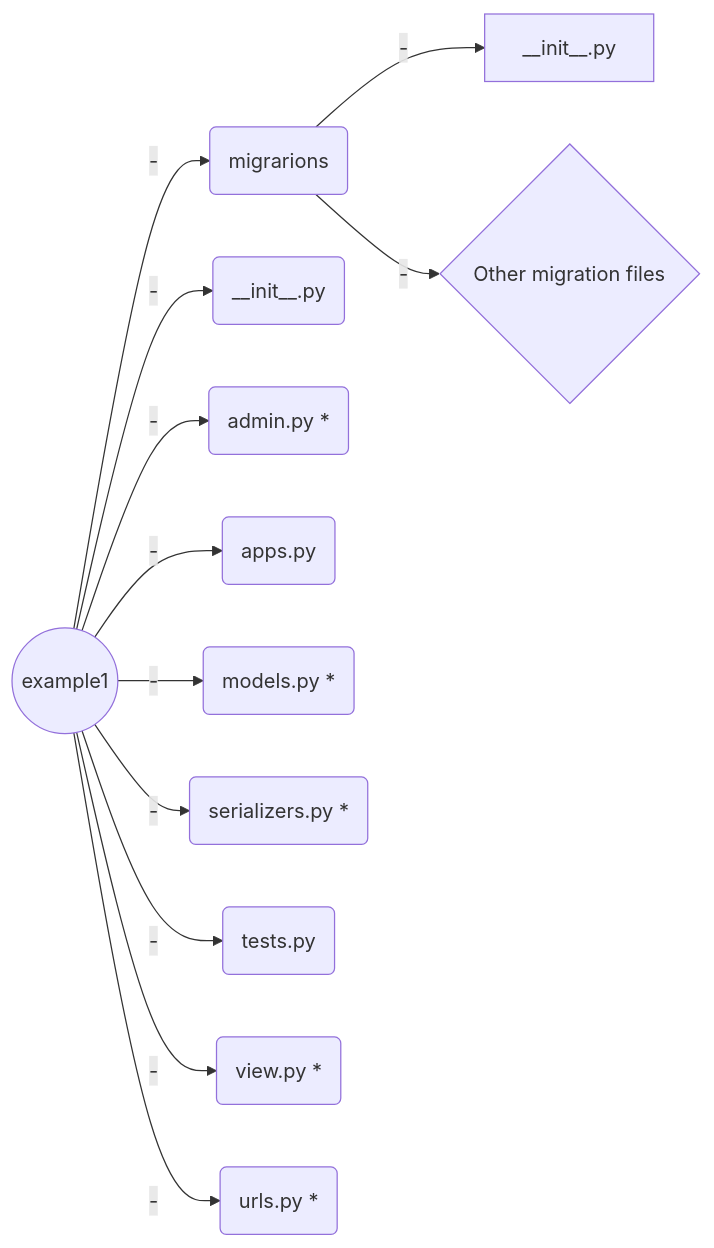
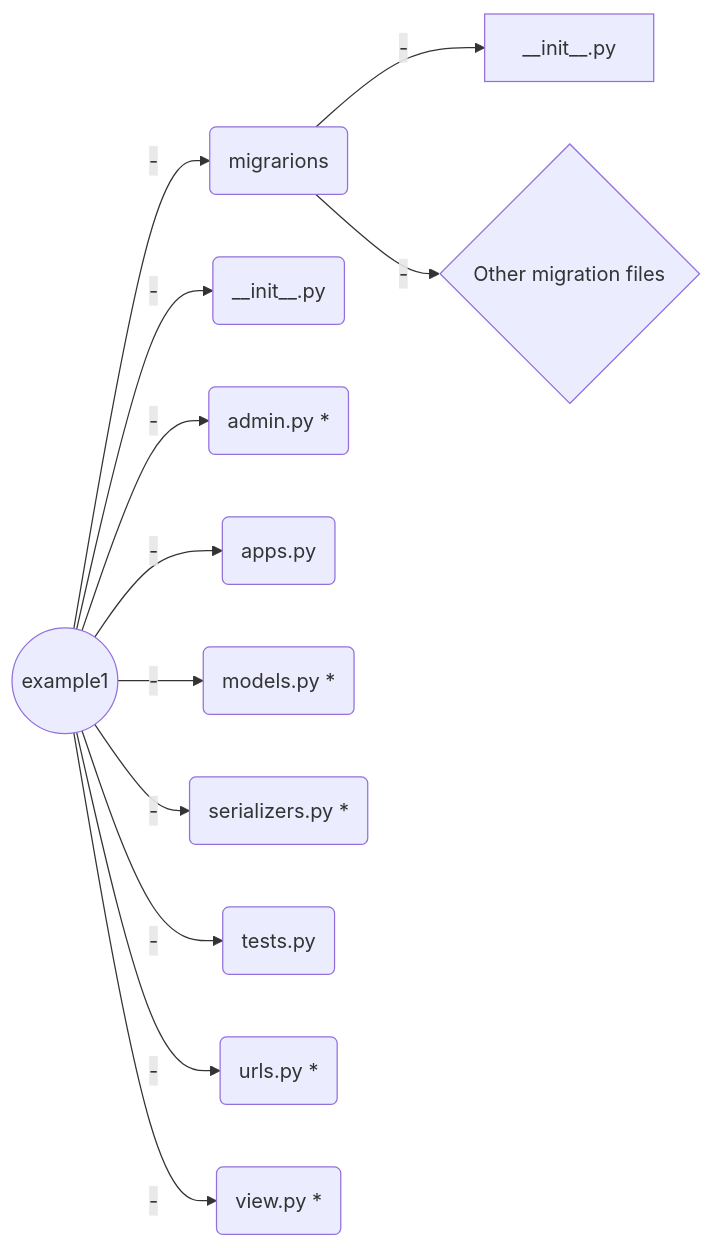
Before and after one commit to LooDaHu/ARORA_General_-Introduction: the first of 3 diagrams in Welcome file.md, drawn with Mermaid. The commit also changed other lines of this file, not shown here.

````diff
--- a/Welcome file.md
+++ b/Welcome file.md
@@ -45,16 +45,14 @@
 ```mermaid
 graph LR
 A((example1)) -- - --> B(migrarions) 
 B(migrarions) -- - --> C[__init__.py]
 B(migrarions) -- - --> D{Other migration files}
 A((example1)) -- - --> E(__init__.py) 
 A((example1)) -- - --> F(admin.py *) 
 A((example1)) -- - --> L(apps.py)
 A((example1)) -- - --> G(models.py *)
 A((example1)) -- - --> I(serializers.py *) 
 A((example1)) -- - --> K(tests.py) 
-
+A((example1)) -- - --> J(urls.py *)
 A((example1)) -- - --> H(view.py *)
-
-A((example1)) -- - --> J(urls.py *)
 ```
````
